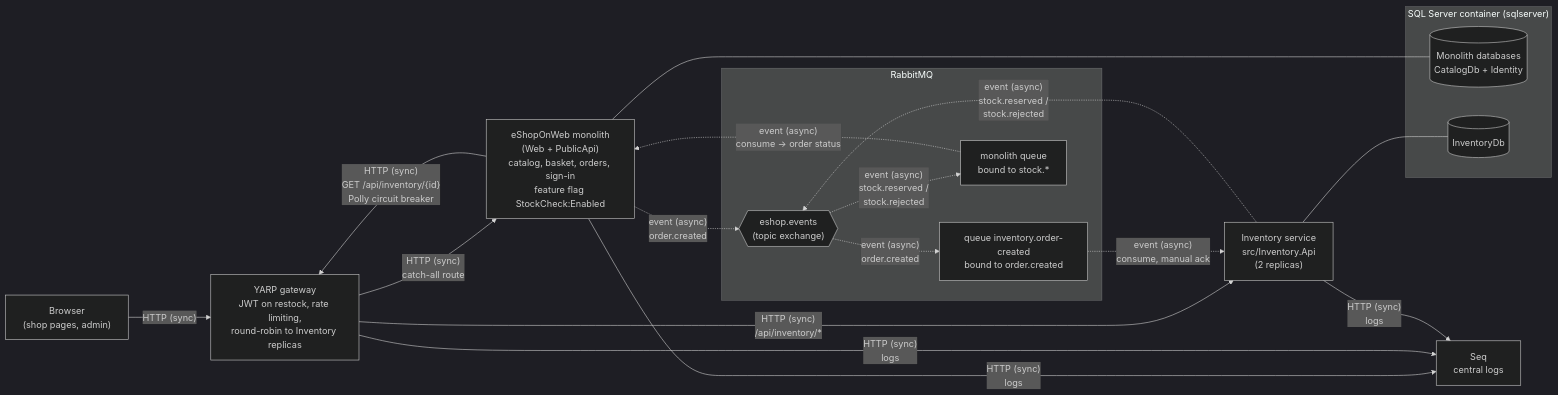
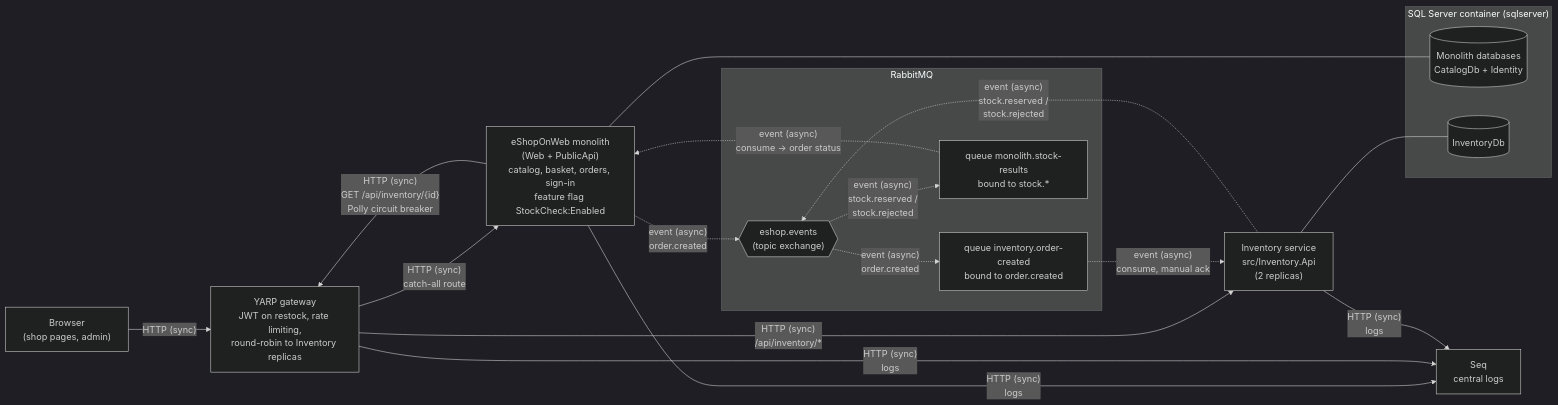
Before and after one commit to shoaibalirts/eShopOnWeb: the first of 2 diagrams in architecture/02-target-architecture.md, drawn with Mermaid (dark theme). The commit also changed other lines of this file and 5 other files, not shown here.

````diff
--- a/architecture/02-target-architecture.md
+++ b/architecture/02-target-architecture.md
@@ -8,42 +8,42 @@
 ```mermaid
 graph LR
     Browser["Browser<br/>(shop pages, admin)"]
 
     GW["YARP gateway<br/>JWT on restock, rate limiting,<br/>round-robin to Inventory replicas"]
 
     Mono["eShopOnWeb monolith<br/>(Web + PublicApi)<br/>catalog, basket, orders, sign-in<br/>feature flag StockCheck:Enabled"]
 
     Inv["Inventory service<br/>src/Inventory.Api<br/>(2 replicas)"]
 
     subgraph SQL["SQL Server container (sqlserver)"]
         MonoDB[("Monolith databases<br/>CatalogDb + Identity")]
         InvDB[("InventoryDb")]
     end
 
     subgraph MQ["RabbitMQ"]
         EX{{"eshop.events<br/>(topic exchange)"}}
         QInv["queue inventory.order-created<br/>bound to order.created"]
-        QMono["monolith queue<br/>bound to stock.*"]
+        QMono["queue monolith.stock-results<br/>bound to stock.*"]
     end
 
     Seq["Seq<br/>central logs"]
 
     Browser -- "HTTP (sync)" --> GW
     GW -- "HTTP (sync)<br/>catch-all route" --> Mono
     GW -- "HTTP (sync)<br/>/api/inventory/*" --> Inv
     Mono -- "HTTP (sync)<br/>GET /api/inventory/{id}<br/>Polly circuit breaker" --> GW
 
     Mono --- MonoDB
     Inv --- InvDB
 
     Mono -. "event (async)<br/>order.created" .-> EX
     EX -. "event (async)<br/>order.created" .-> QInv
     QInv -. "event (async)<br/>consume, manual ack" .-> Inv
     Inv -. "event (async)<br/>stock.reserved /<br/>stock.rejected" .-> EX
     EX -. "event (async)<br/>stock.reserved /<br/>stock.rejected" .-> QMono
     QMono -. "event (async)<br/>consume → order status" .-> Mono
 
     Mono -- "HTTP (sync)<br/>logs" --> Seq
     GW -- "HTTP (sync)<br/>logs" --> Seq
     Inv -- "HTTP (sync)<br/>logs" --> Seq
 ```
````
